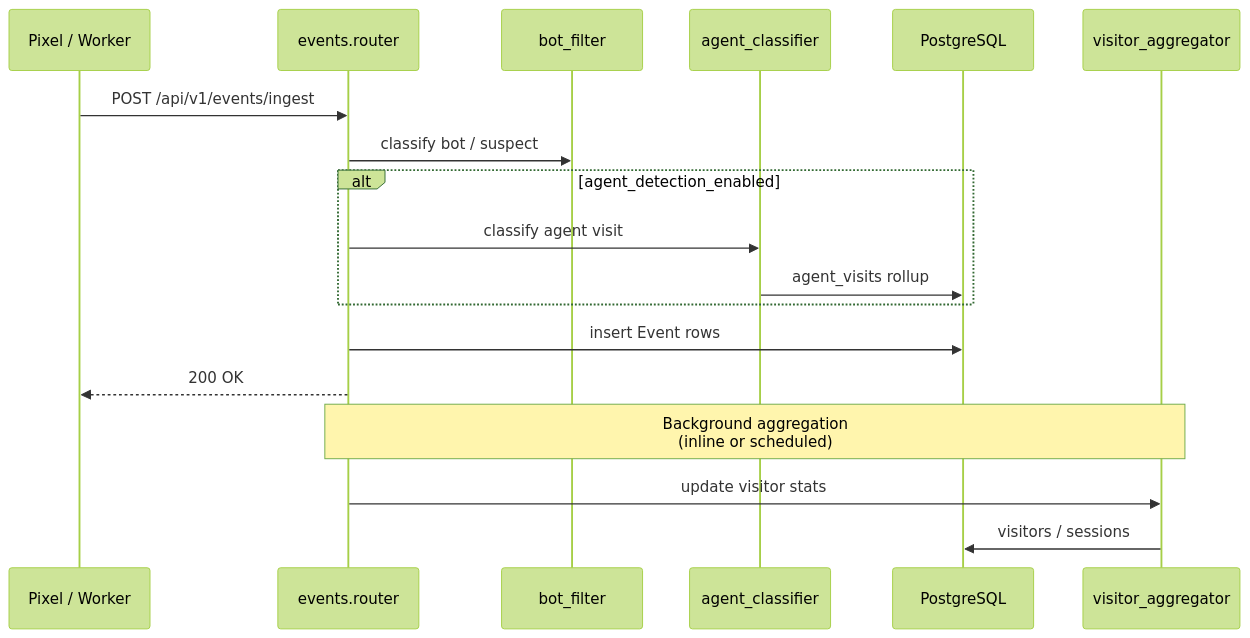
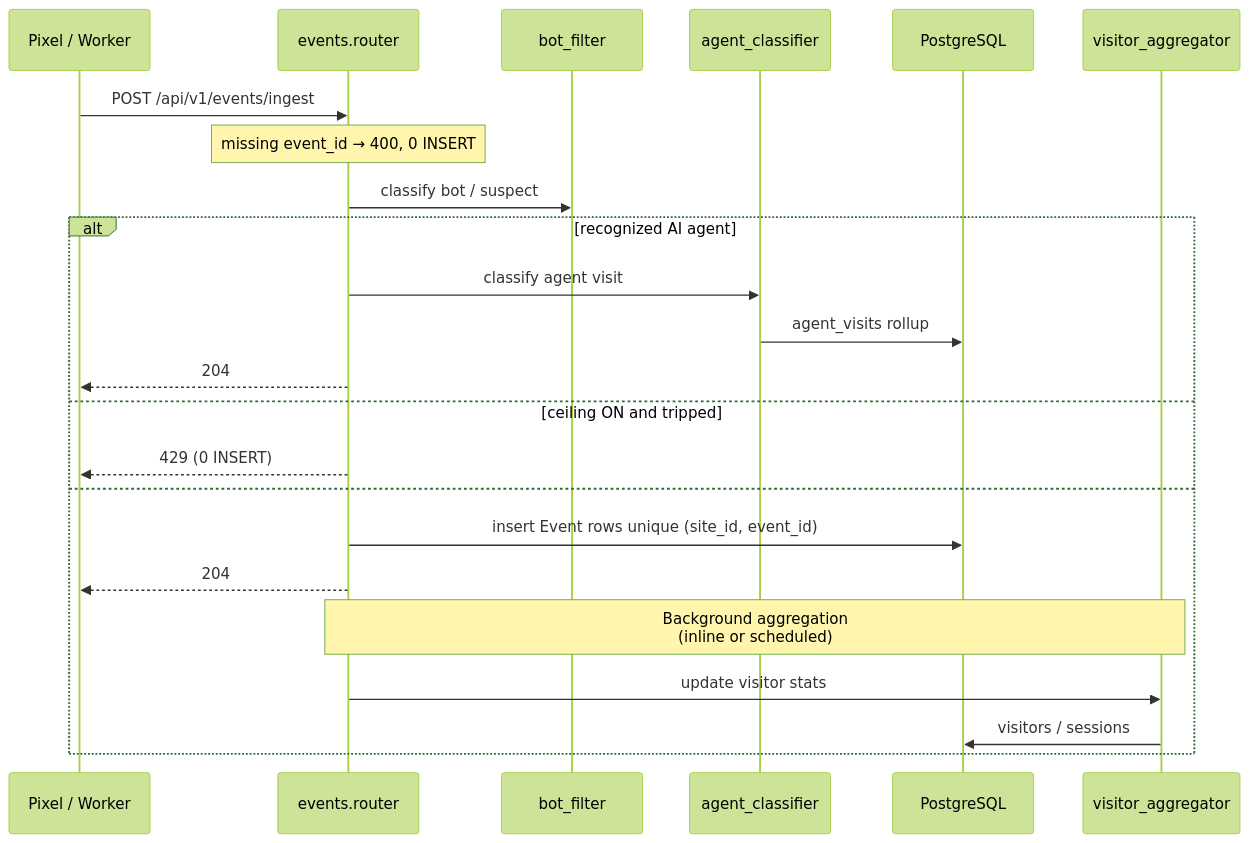
Before and after one commit to julleycode/get-beam: the second of 5 diagrams in docs/system-architecture.md, drawn with Mermaid (forest theme). The commit also changed other lines of this file and 9 other files, not shown here.

````diff
--- a/docs/system-architecture.md
+++ b/docs/system-architecture.md
@@ -67,21 +72,26 @@
 ```mermaid
 sequenceDiagram
   participant P as Pixel / Worker
   participant API as events.router
   participant BF as bot_filter
   participant AC as agent_classifier
   participant DB as PostgreSQL
   participant BG as visitor_aggregator
 
   P->>API: POST /api/v1/events/ingest
+  Note over API: missing event_id → 400, 0 INSERT
   API->>BF: classify bot / suspect
-  alt agent_detection_enabled
+  alt recognized AI agent
     API->>AC: classify agent visit
     AC->>DB: agent_visits rollup
+    API-->>P: 204
+  else ceiling ON and tripped
+    API-->>P: 429 (0 INSERT)
+  else
+    API->>DB: insert Event rows unique (site_id, event_id)
+    API-->>P: 204
+    Note over API,BG: Background aggregation<br/>(inline or scheduled)
+    API->>BG: update visitor stats
+    BG->>DB: visitors / sessions
   end
-  API->>DB: insert Event rows
-  API-->>P: 200 OK
-  Note over API,BG: Background aggregation<br/>(inline or scheduled)
-  API->>BG: update visitor stats
-  BG->>DB: visitors / sessions
 ```
````
